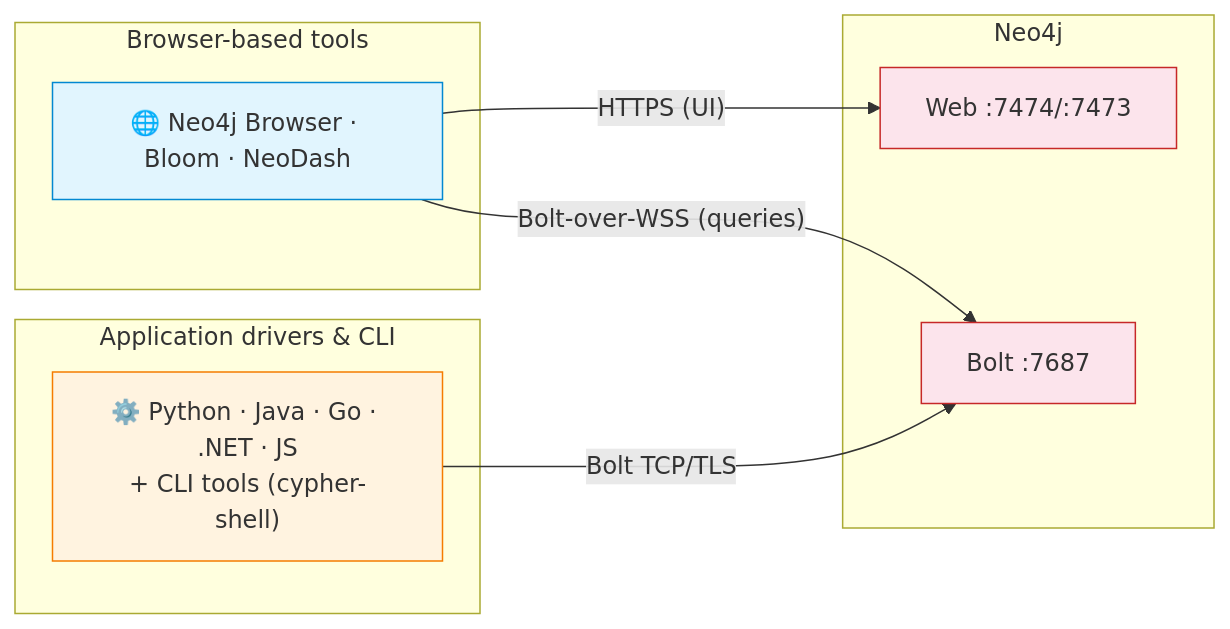
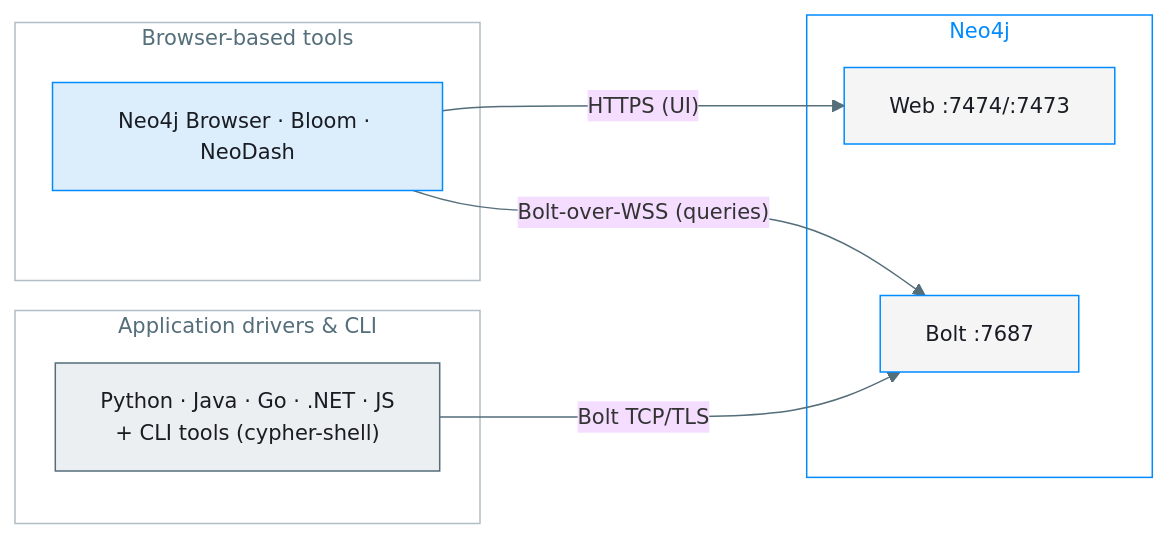
One commit to sebastien-paltrie-neo4j/neo4j-kubernetes changed the first of 4 diagrams in neo4j-client-access-patterns.md. Above: the diagram before and after it, drawn with Mermaid. The commit also changed other lines of this file, not shown here.

Commit message:
tweak styling mermaid font

````diff
--- a/neo4j-client-access-patterns.md
+++ b/neo4j-client-access-patterns.md
@@ -35,24 +36,28 @@
 ```mermaid
+%%{init: {'theme':'base', 'themeVariables': {'lineColor':'#546E7A','fontSize':'14px'}}}%%
 flowchart LR
     subgraph browser_clients ["Browser-based tools"]
-        browser["🌐 Neo4j Browser · Bloom · NeoDash"]
+        browser["Neo4j Browser · Bloom · NeoDash"]
     end
 
     subgraph driver_clients ["Application drivers & CLI"]
-        drivers["⚙️ Python · Java · Go · .NET · JS\n+ CLI tools (cypher-shell)"]
+        drivers["Python · Java · Go · .NET · JS\n+ CLI tools (cypher-shell)"]
     end
 
     subgraph neo ["Neo4j"]
         web_ep["Web :7474/:7473"]
         bolt_ep["Bolt :7687"]
     end
 
     browser -- "HTTPS (UI)" --> web_ep
     browser -- "Bolt‑over‑WSS (queries)" --> bolt_ep
     drivers -- "Bolt TCP/TLS" --> bolt_ep
 
-    style browser fill:#e1f5fe,stroke:#0288d1
-    style drivers fill:#fff3e0,stroke:#f57c00
-    style web_ep fill:#fce4ec,stroke:#c62828
-    style bolt_ep fill:#fce4ec,stroke:#c62828
+    style browser fill:#DCEEFB,stroke:#018BFF,color:#1A1C24
+    style drivers fill:#ECEFF1,stroke:#546E7A,color:#1A1C24
+    style web_ep fill:#F5F5F5,stroke:#018BFF,color:#1A1C24
+    style bolt_ep fill:#F5F5F5,stroke:#018BFF,color:#1A1C24
+    style browser_clients fill:none,stroke:#B0BEC5,color:#546E7A
+    style driver_clients fill:none,stroke:#B0BEC5,color:#546E7A
+    style neo fill:none,stroke:#018BFF,color:#018BFF
 ```
````
